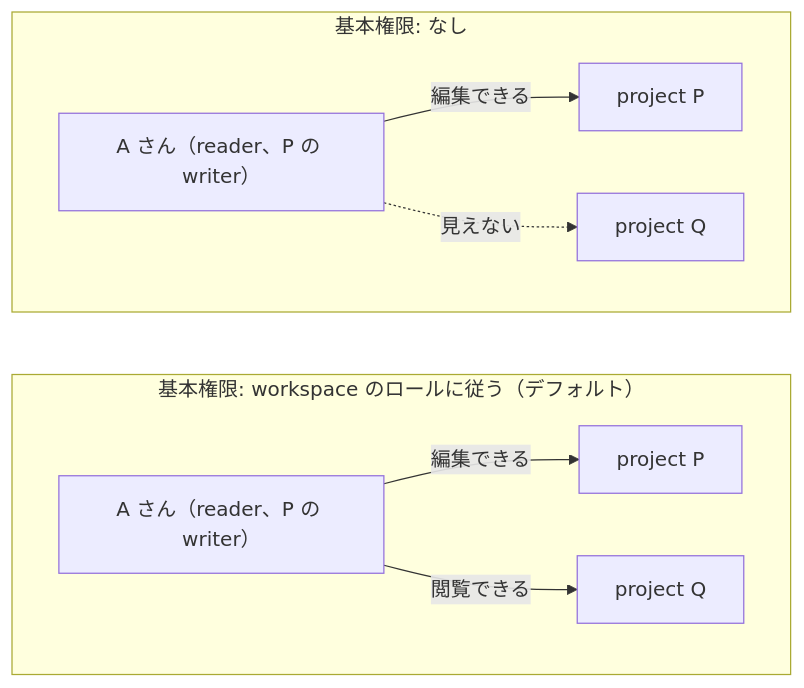
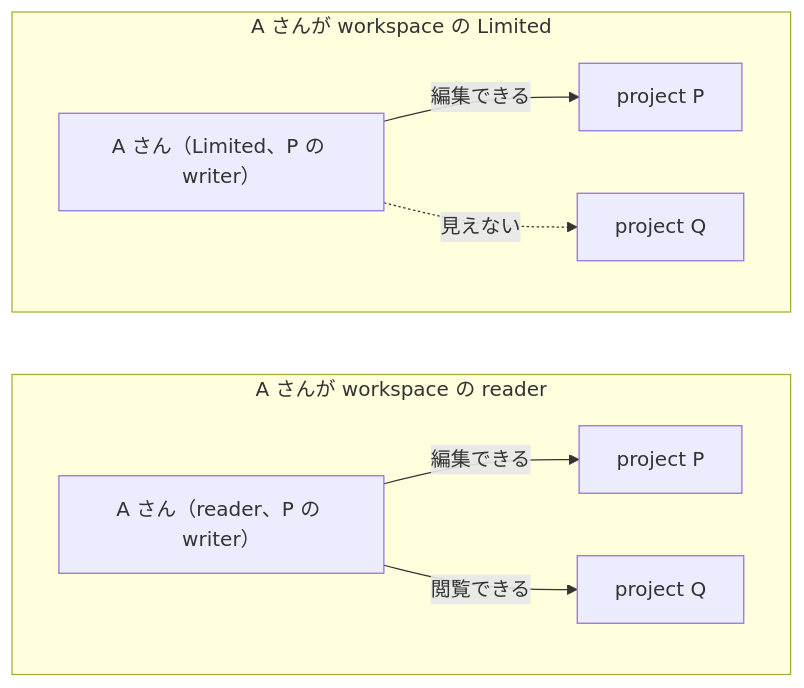
One commit to reearth/reearth-accounts changed the sixth of 6 diagrams in server/docs/usecase/resource-role-binding.ja.md. Above: the diagram before and after it, drawn with Mermaid. The commit also changed other lines of this file and 1 other file, not shown here.

First line of the commit message:
docs(server): drop the workspace base permission and add a Limited workspace role

````diff
--- a/server/docs/usecase/resource-role-binding.ja.md
+++ b/server/docs/usecase/resource-role-binding.ja.md
@@ -1240,13 +1295,13 @@
 ```mermaid
 flowchart LR
-    subgraph D["基本権限: workspace のロールに従う（デフォルト）"]
+    subgraph D["A さんが workspace の reader"]
         direction LR
         A1["A さん（reader、P の writer）"] -- "編集できる" --> P1["project P"]
         A1 -- "閲覧できる" --> Q1["project Q"]
     end
-    subgraph N["基本権限: なし"]
+    subgraph N["A さんが workspace の Limited"]
         direction LR
-        A2["A さん（reader、P の writer）"] -- "編集できる" --> P2["project P"]
+        A2["A さん（Limited、P の writer）"] -- "編集できる" --> P2["project P"]
         A2 -. "見えない" .-> Q2["project Q"]
     end
 ```
````
